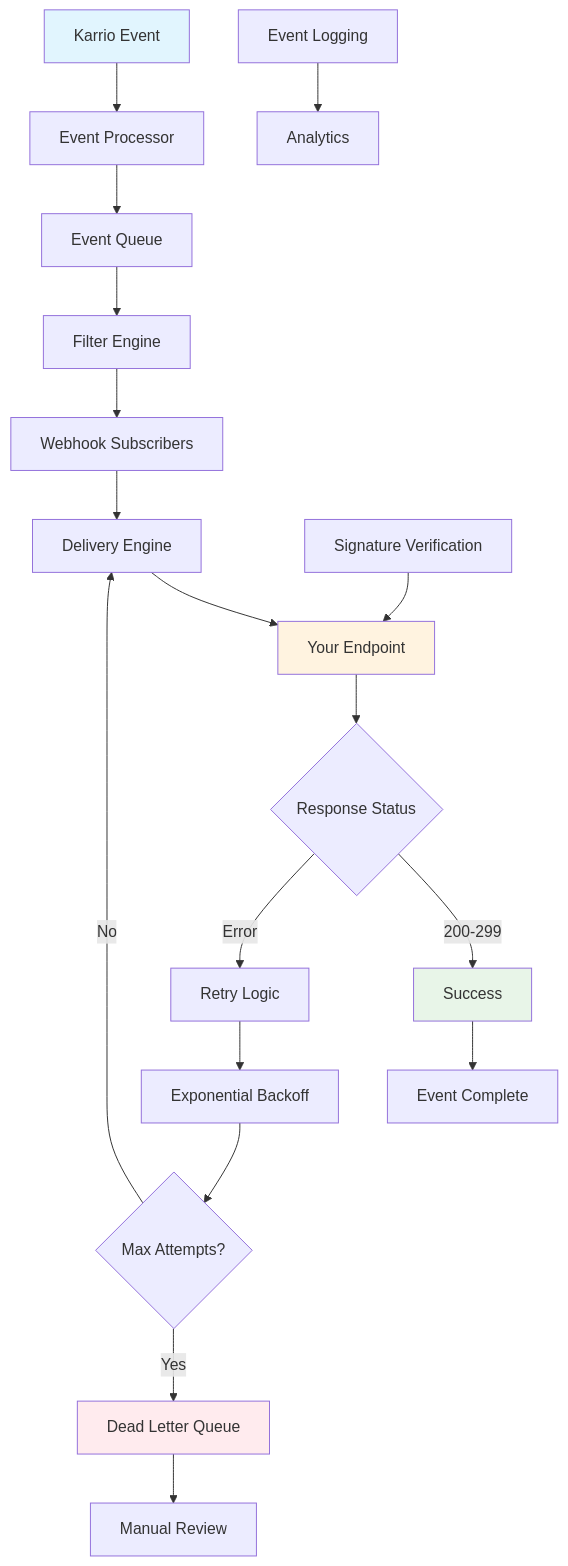
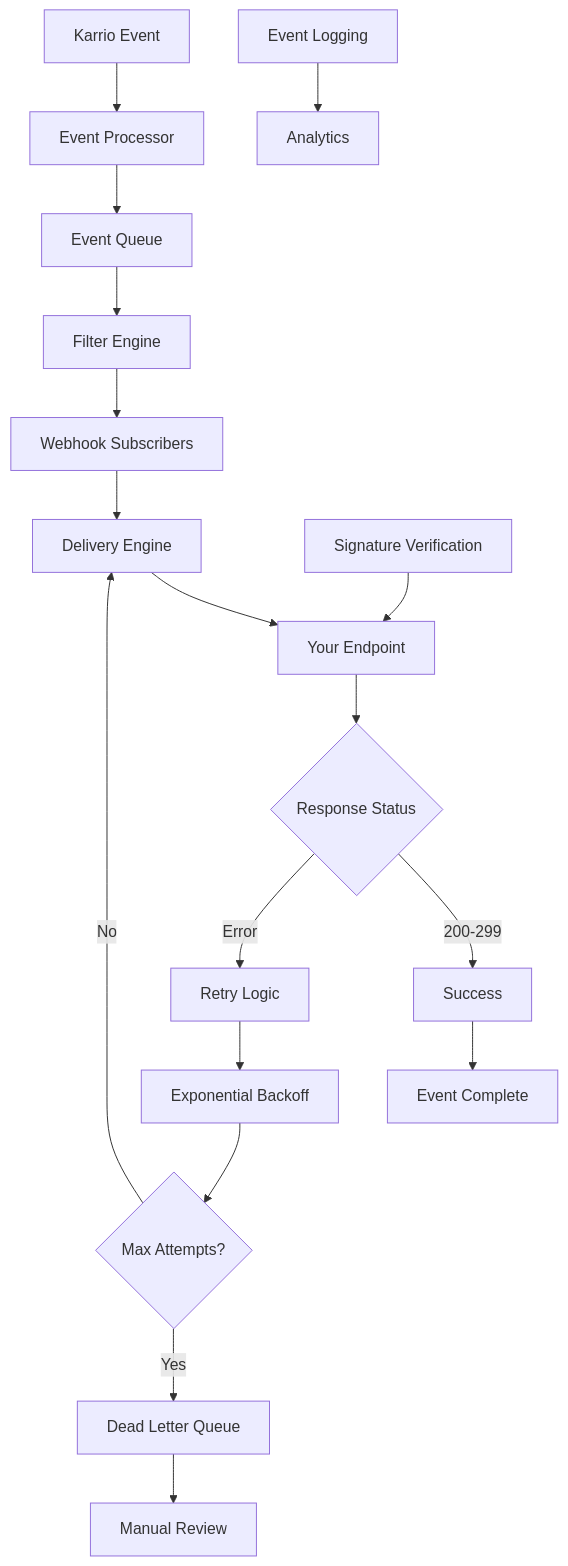
The diagram in apps/web/src/app/docs/products/webhooks/page.mdx (karrioapi/karrio), drawn with Mermaid before and after one commit. The commit also changed 34 other files, not shown here.

````diff
--- a/apps/web/src/app/docs/products/webhooks/page.mdx
+++ b/apps/web/src/app/docs/products/webhooks/page.mdx
@@ -66,30 +66,27 @@
 ```mermaid
 flowchart TD
     A[Karrio Event] --> B[Event Processor]
     B --> C[Event Queue]
     C --> D[Filter Engine]
 
     D --> E[Webhook Subscribers]
     E --> F[Delivery Engine]
     F --> G[Your Endpoint]
 
     G --> H{Response Status}
     H -->|200-299| I[Success]
     H -->|Error| J[Retry Logic]
 
     J --> K[Exponential Backoff]
     K --> L{Max Attempts?}
     L -->|No| F
     L -->|Yes| M[Dead Letter Queue]
 
     I --> N[Event Complete]
     M --> O[Manual Review]
 
     P[Signature Verification] --> G
     Q[Event Logging] --> R[Analytics]
 
-    style A fill:#e1f5fe
-    style G fill:#fff3e0
-    style I fill:#e8f5e8
-    style M fill:#ffebee
+    
 ```
````
